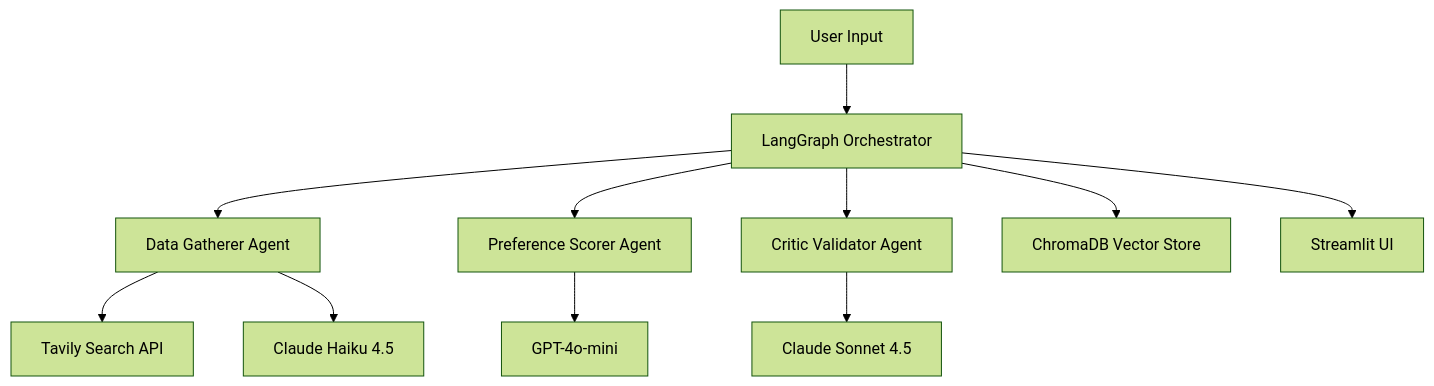
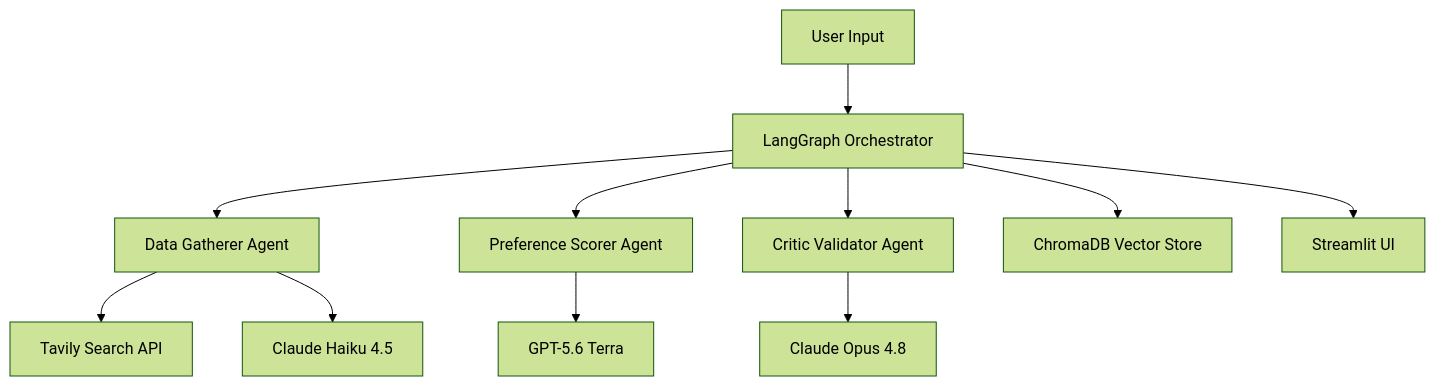
One commit to sudhakargajapathy/CareCompass changed the diagram in README.md. Above: the diagram before and after it, drawn with Mermaid (forest theme). The commit also changed other lines of this file and 63 other files, not shown here.

````diff
--- a/README.md
+++ b/README.md
@@ -52,13 +54,13 @@
 ```mermaid
 graph TB
     A[User Input] --> B[LangGraph Orchestrator]
     B --> C[Data Gatherer Agent]
     B --> D[Preference Scorer Agent]
     B --> E[Critic Validator Agent]
     C --> F[Tavily Search API]
     C --> G[Claude Haiku 4.5]
-    D --> H[GPT-4o-mini]
-    E --> I[Claude Sonnet 4.5]
+    D --> H[GPT-5.6 Terra]
+    E --> I[Claude Opus 4.8]
     B --> J[ChromaDB Vector Store]
     B --> K[Streamlit UI]
 ```
````
